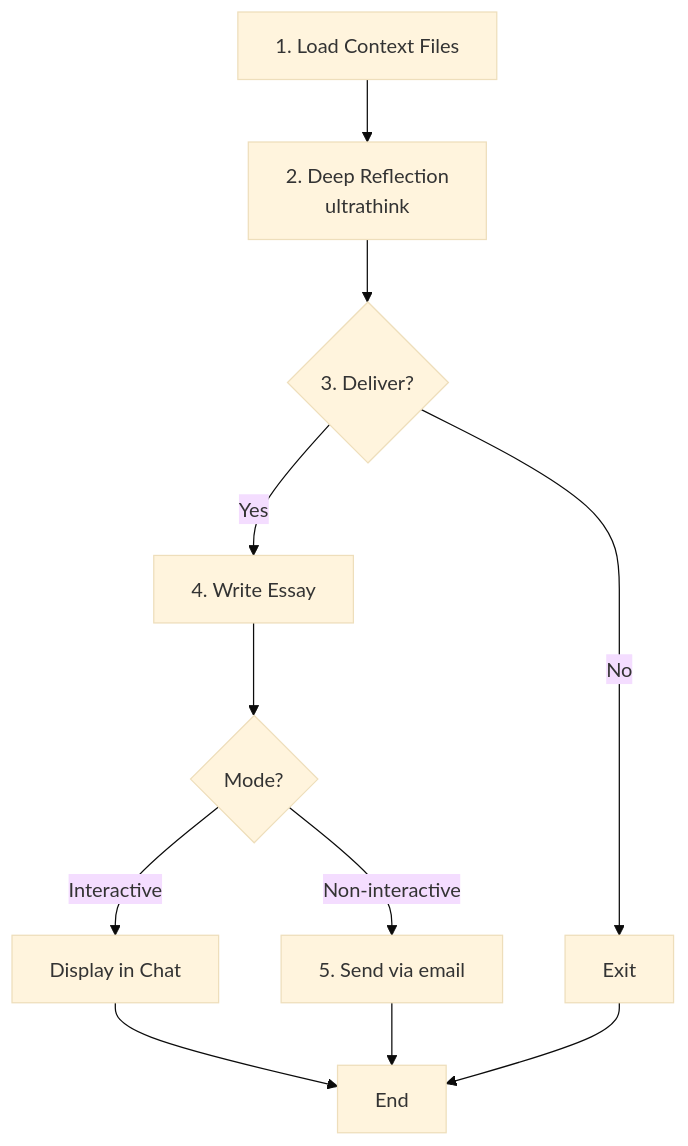
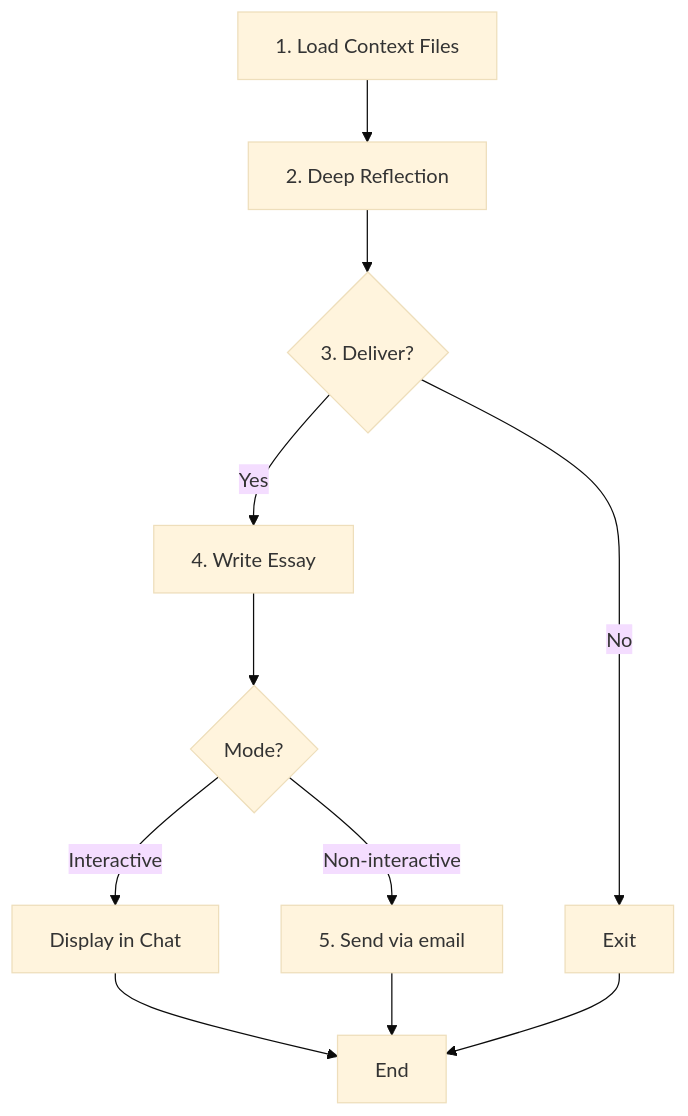
The diagram in EmailingEssay/agents/essay-writer.md (Bizuayeu/Plugins-Weave), drawn with Mermaid (base theme) before and after one commit. The commit also changed other lines of this file, not shown here.

Commit message:
docs(EmailingEssay): essay-writer から ultrathink キーワードを落とす（prompt-audit W3-F02）

````diff
--- a/EmailingEssay/agents/essay-writer.md
+++ b/EmailingEssay/agents/essay-writer.md
@@ -44,13 +44,13 @@
 ```mermaid
 flowchart TD
-    A[1. Load Context Files] --> B[2. Deep Reflection<br/>ultrathink]
+    A[1. Load Context Files] --> B[2. Deep Reflection]
     B --> C{3. Deliver?}
     C -->|Yes| D[4. Write Essay]
     C -->|No| E[Exit]
     D --> F{Mode?}
     F -->|Interactive| G[Display in Chat]
     F -->|Non-interactive| H[5. Send via email]
     G --> I[End]
     H --> I
     E --> I
 ```
````
